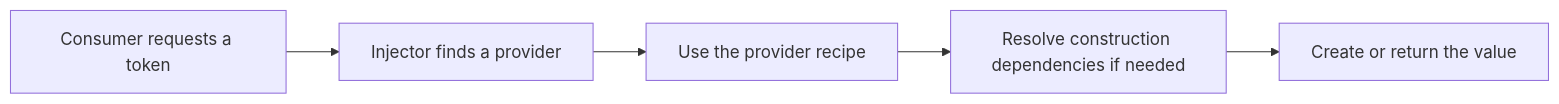
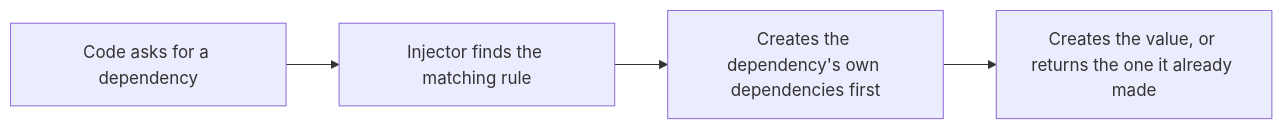
One commit to theo-matzavinos/dump changed the first of 2 diagrams in src/content/blog/angular-dependency-injection.md. Above: the diagram before and after it, drawn with Mermaid. The commit also changed other lines of this file and 24 other files, not shown here.

First line of the commit message:
Revise all articles for voice, junior readers, and flow

````diff
--- a/src/content/blog/angular-dependency-injection.md
+++ b/src/content/blog/angular-dependency-injection.md
@@ -109,7 +131,6 @@
 ```mermaid
 flowchart LR
-    C[Consumer requests a token] --> I[Injector finds a provider]
-    I --> P[Use the provider recipe]
-    P --> D[Resolve construction dependencies if needed]
-    D --> V[Create or return the value]
+    C[Code asks for a dependency] --> I[Injector finds the matching rule]
+    I --> D[Creates the dependency's own dependencies first]
+    D --> V[Creates the value, or returns the one it already made]
 ```
````
